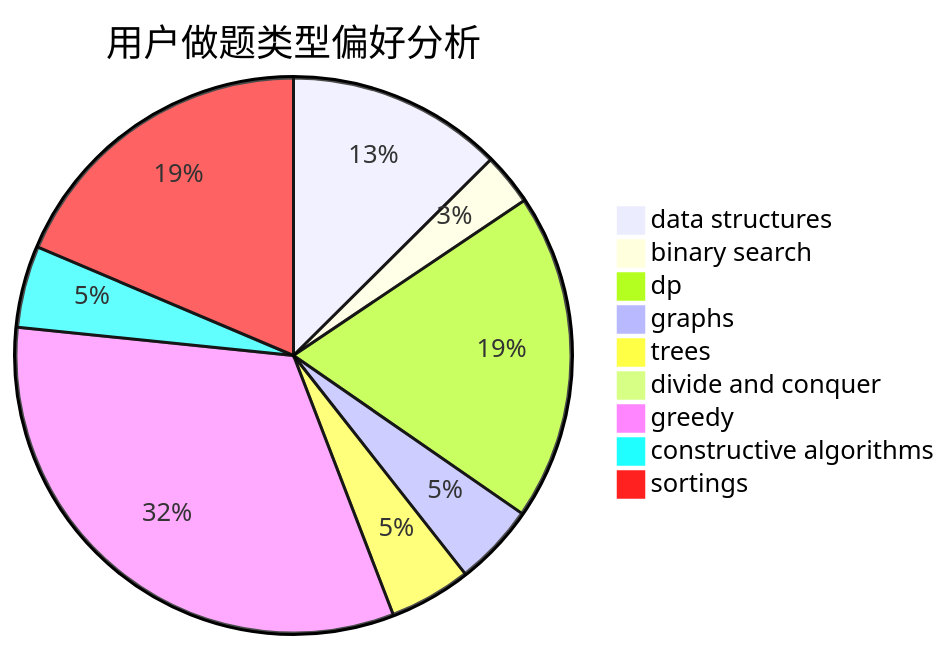
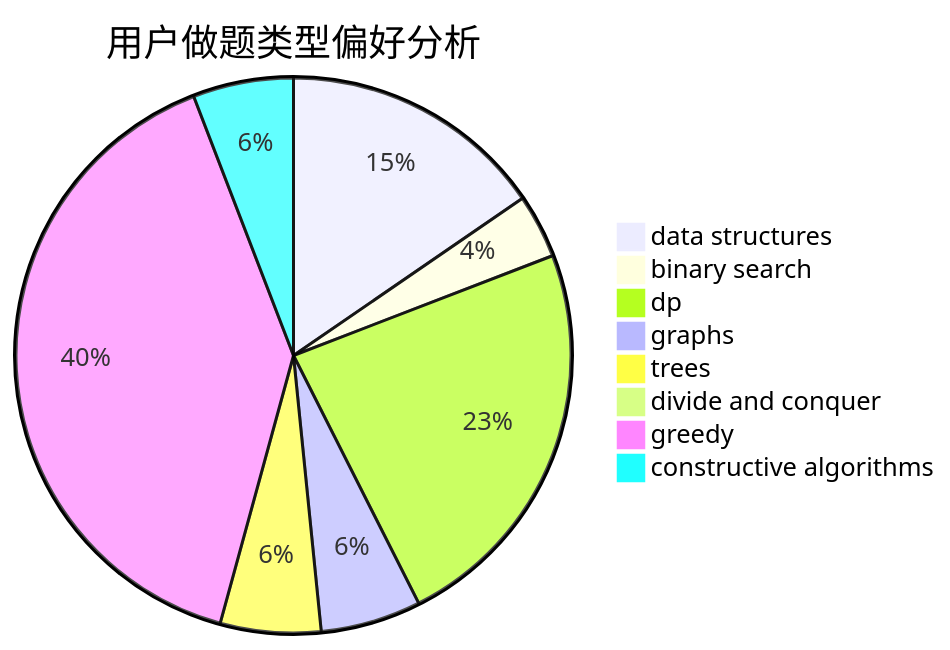
One commit to sherpahu/cfrs.github.io changed the second of 3 diagrams in docs/user/u887.md. Above: the diagram before and after it, drawn with Mermaid. The commit also changed other lines of this file and 2769 other files, not shown here.

````diff
--- a/docs/user/u887.md
+++ b/docs/user/u887.md
@@ -18,12 +18,11 @@
 ```mermaid
 pie title 用户做题类型偏好分析
     "data structures" :  29
     "binary search" :  7
     "dp" :  44
     "graphs" :  11
     "trees" :  11
     "divide and conquer" :  0
     "greedy" :  75
     "constructive algorithms" :  11
-    "sortings" :  43
 ```
````
